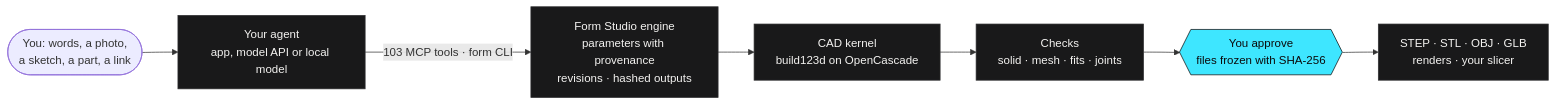
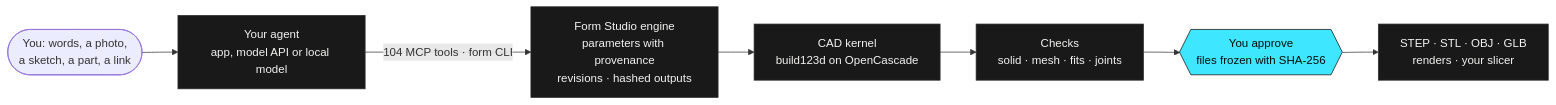
Before and after one commit to kaizensx/form-studio: the diagram in README.md, drawn with Mermaid. The commit also changed other lines of this file and 38 other files, not shown here.

````diff
--- a/README.md
+++ b/README.md
@@ -86,13 +86,13 @@
 ```mermaid
 flowchart LR
   you(["You: words, a photo,<br/>a sketch, a part, a link"]) --> agent["Your agent<br/>app, model API or local model"]
-  agent -- "103 MCP tools · form CLI" --> engine["Form Studio engine<br/>parameters with provenance<br/>revisions · hashed outputs"]
+  agent -- "104 MCP tools · form CLI" --> engine["Form Studio engine<br/>parameters with provenance<br/>revisions · hashed outputs"]
   engine --> kernel["CAD kernel<br/>build123d on OpenCascade"]
   kernel --> checks["Checks<br/>solid · mesh · fits · joints"]
   checks --> release{{"You approve<br/>files frozen with SHA-256"}}
   release --> out["STEP · STL · OBJ · GLB<br/>renders · your slicer"]
   classDef datum fill:#3ee6ff,stroke:#0b0b0c,color:#0b0b0c
   classDef plate fill:#19191a,stroke:#2f2f31,color:#f4f3f1
   class release datum
   class agent,engine,kernel,checks,out plate
 ```
````
